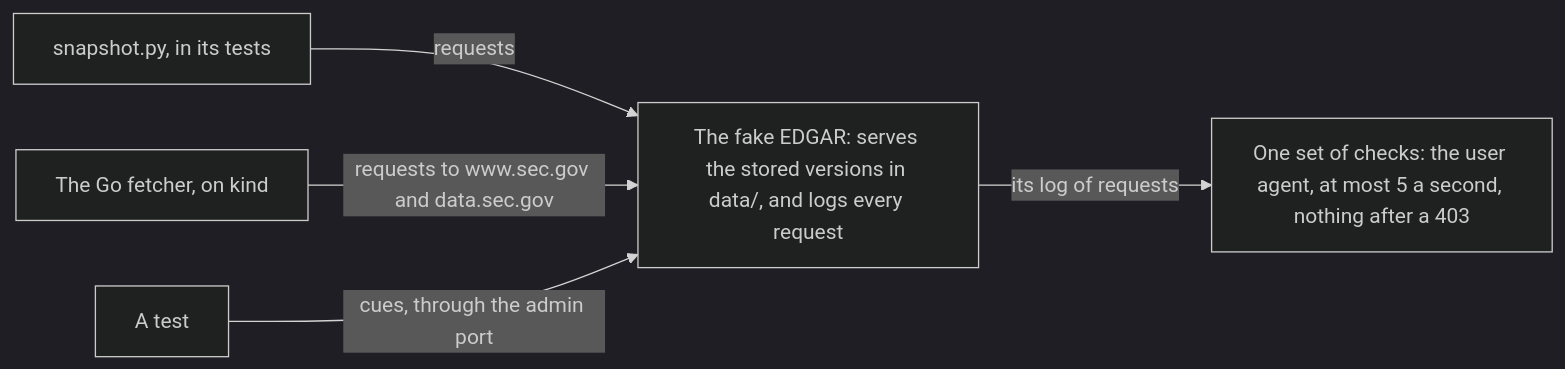
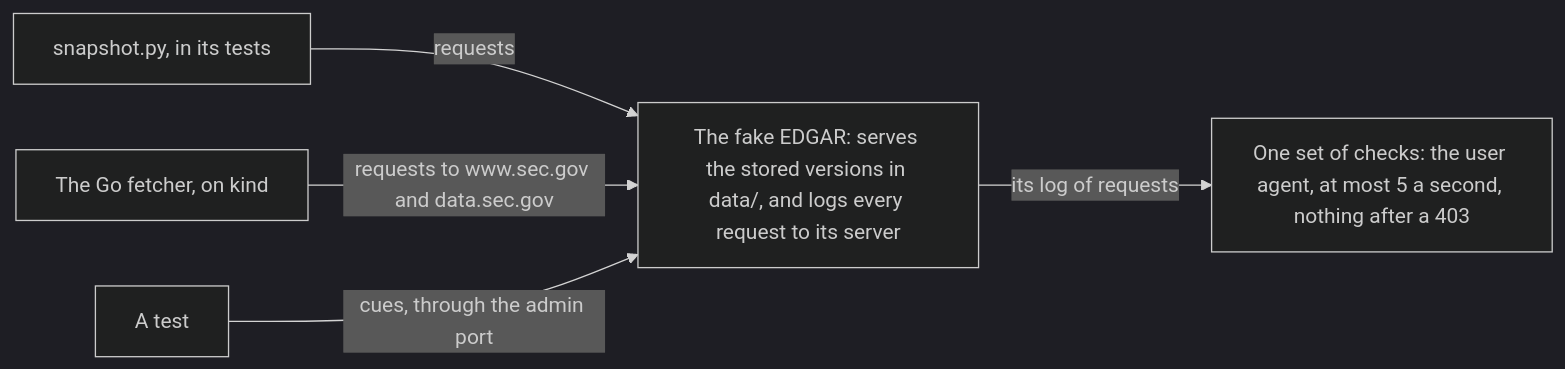
One commit to nslaughter/edgar-data-pipeline changed the diagram in docs/explanation/testing-and-verification.md. Above: the diagram before and after it, drawn with Mermaid (dark theme). The commit also changed 5 other files, not shown here.

First line of the commit message:
Say the fake EDGAR logs what its server receives

````diff
--- a/docs/explanation/testing-and-verification.md
+++ b/docs/explanation/testing-and-verification.md
@@ -233,7 +233,7 @@
 ```mermaid
 flowchart LR
     S["snapshot.py, in its tests"] -->|requests| FE
     F["The Go fetcher, on kind"] -->|requests to www.sec.gov and data.sec.gov| FE
     T["A test"] -->|cues, through the admin port| FE
-    FE["The fake EDGAR: serves the stored versions in data/, and logs every request"] -->|its log of requests| C["One set of checks: the user agent, at most 5 a second, nothing after a 403"]
+    FE["The fake EDGAR: serves the stored versions in data/, and logs every request to its server"] -->|its log of requests| C["One set of checks: the user agent, at most 5 a second, nothing after a 403"]
 ```
````
